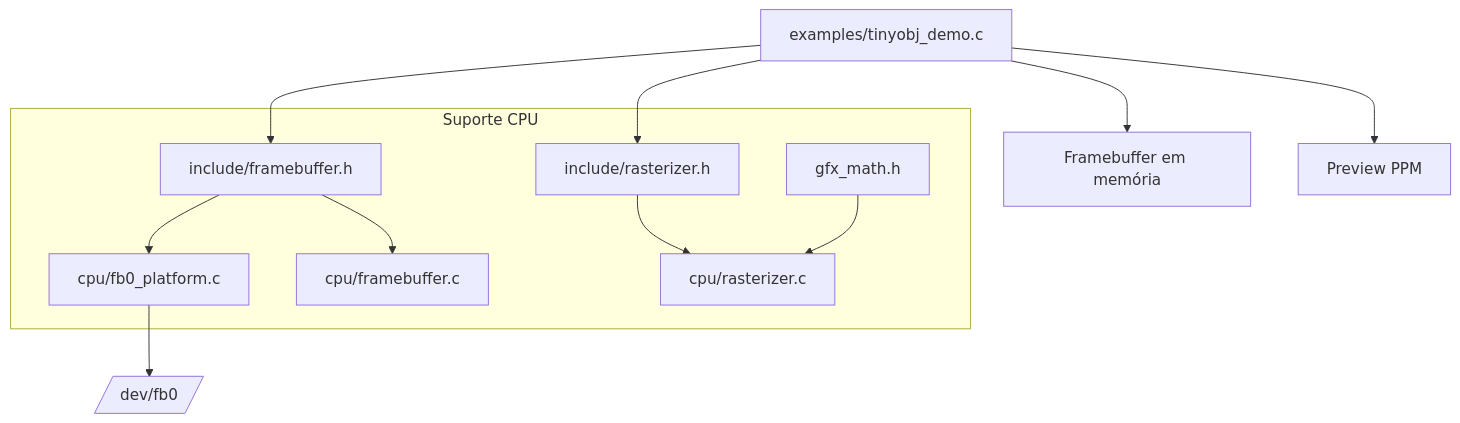
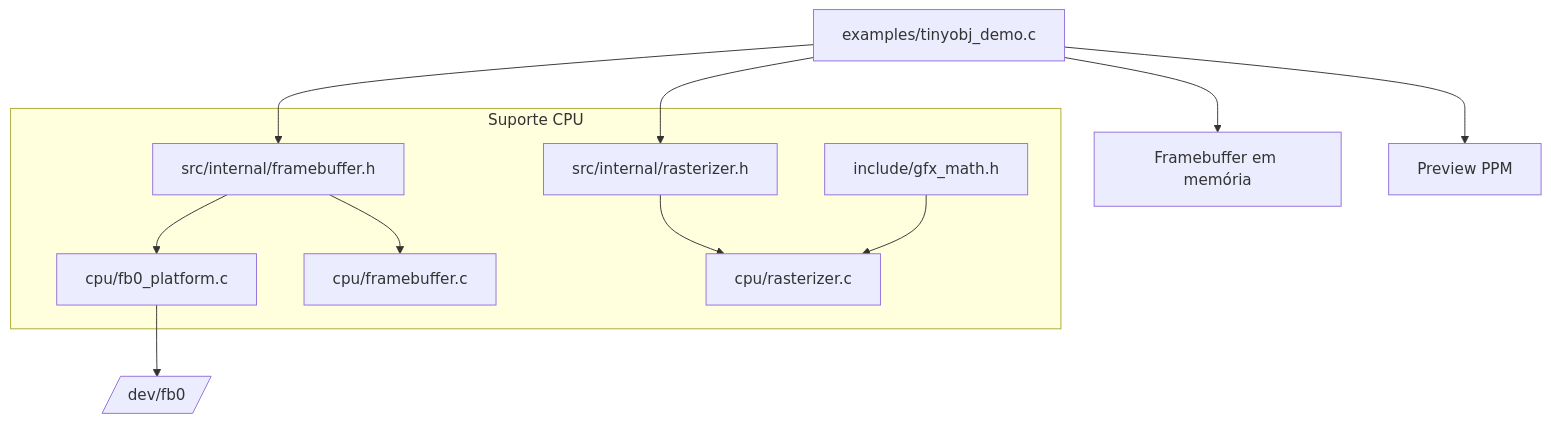
The third of 4 diagrams in README.md (Gabryel-lima/gfx), drawn with Mermaid before and after one commit. The commit also changed other lines of this file and 22 other files, not shown here.

First line of the commit message:
Refactor graphics module structure and add new functionalities

````diff
--- a/README.md
+++ b/README.md
@@ -100,26 +99,26 @@
 ```mermaid
 flowchart TD
   subgraph CPU["Suporte CPU"]
-    fbapi[include/framebuffer.h]
+    fbapi[src/internal/framebuffer.h]
     fbplat[cpu/fb0_platform.c]
     fbcore[cpu/framebuffer.c]
-    rastapi[include/rasterizer.h]
+    rastapi[src/internal/rasterizer.h]
     rastimpl[cpu/rasterizer.c]
-    math[gfx_math.h]
+    math[include/gfx_math.h]
   end
 
   dev[/dev/fb0/]
   demo[examples/tinyobj_demo.c]
   preview[Framebuffer em memória]
   out[Preview PPM]
 
   fbapi --> fbplat
   fbapi --> fbcore
   rastapi --> rastimpl
   math --> rastimpl
   demo --> preview
   demo --> fbapi
   demo --> rastapi
   demo --> out
   fbplat --> dev
 ```
````
